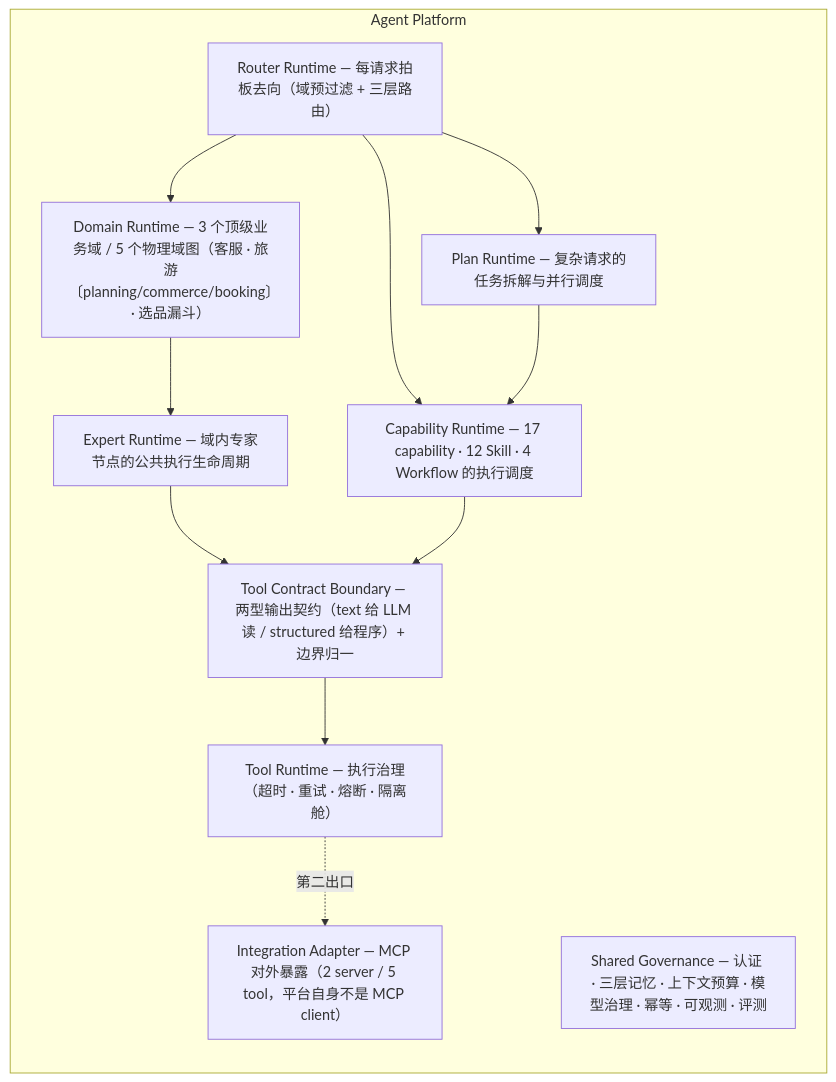
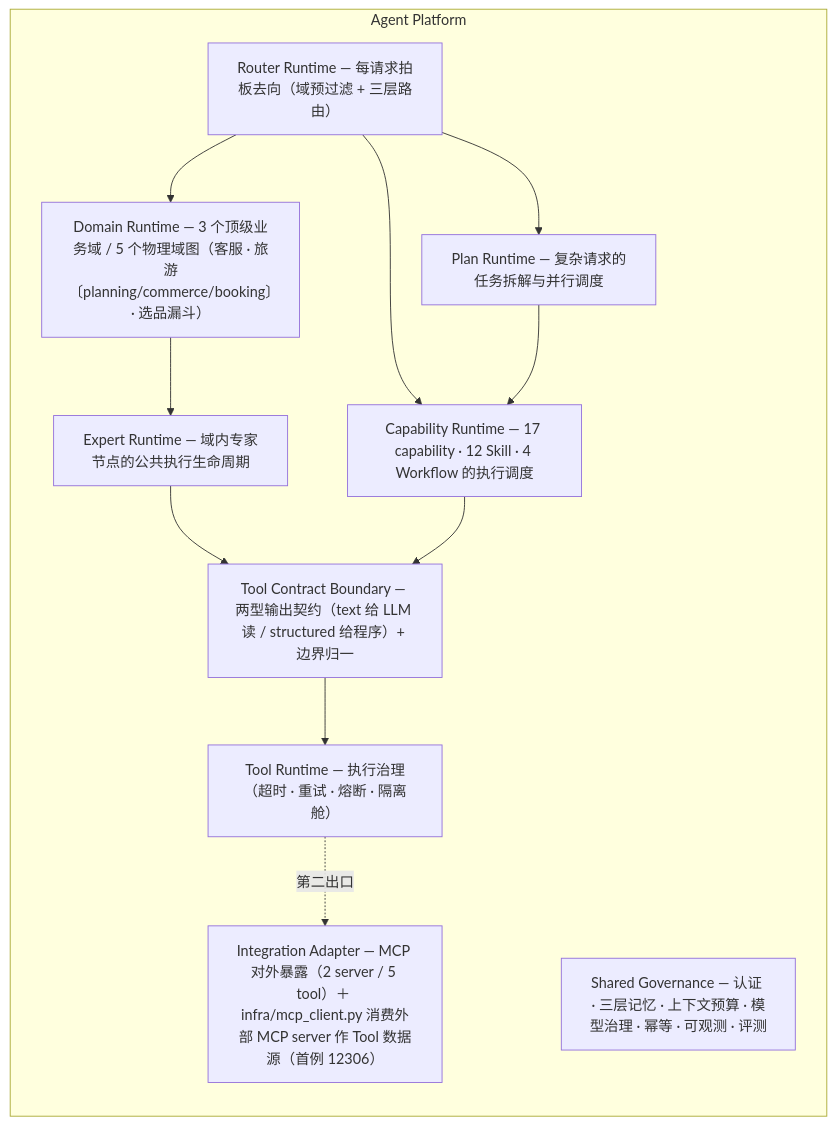
The third of 3 diagrams in README.md (Jayus-07/agent), drawn with Mermaid before and after one commit. The commit also changed other lines of this file and 6 other files, not shown here.

````diff
--- a/README.md
+++ b/README.md
@@ -113,21 +113,21 @@
 ```mermaid
 flowchart TB
     subgraph PLATFORM["Agent Platform"]
         direction TB
         RR["Router Runtime — 每请求拍板去向（域预过滤 + 三层路由）"]
         DR["Domain Runtime — 3 个顶级业务域 / 5 个物理域图（客服 · 旅游〔planning/commerce/booking〕· 选品漏斗）"]
         CR["Capability Runtime — 17 capability · 12 Skill · 4 Workflow 的执行调度"]
         PR["Plan Runtime — 复杂请求的任务拆解与并行调度"]
         ER["Expert Runtime — 域内专家节点的公共执行生命周期"]
         TCB["Tool Contract Boundary — 两型输出契约（text 给 LLM 读 / structured 给程序）+ 边界归一"]
         TR["Tool Runtime — 执行治理（超时 · 重试 · 熔断 · 隔离舱）"]
-        MCP["Integration Adapter — MCP 对外暴露（2 server / 5 tool，平台自身不是 MCP client）"]
+        MCP["Integration Adapter — MCP 对外暴露（2 server / 5 tool）＋ infra/mcp_client.py 消费外部 MCP server 作 Tool 数据源（首例 12306）"]
         GOV["Shared Governance — 认证 · 三层记忆 · 上下文预算 · 模型治理 · 幂等 · 可观测 · 评测"]
         RR --> DR
         RR --> CR
         RR --> PR --> CR
         DR --> ER --> TCB
         CR --> TCB --> TR
         TR -.->|"第二出口"| MCP
     end
 ```
````
